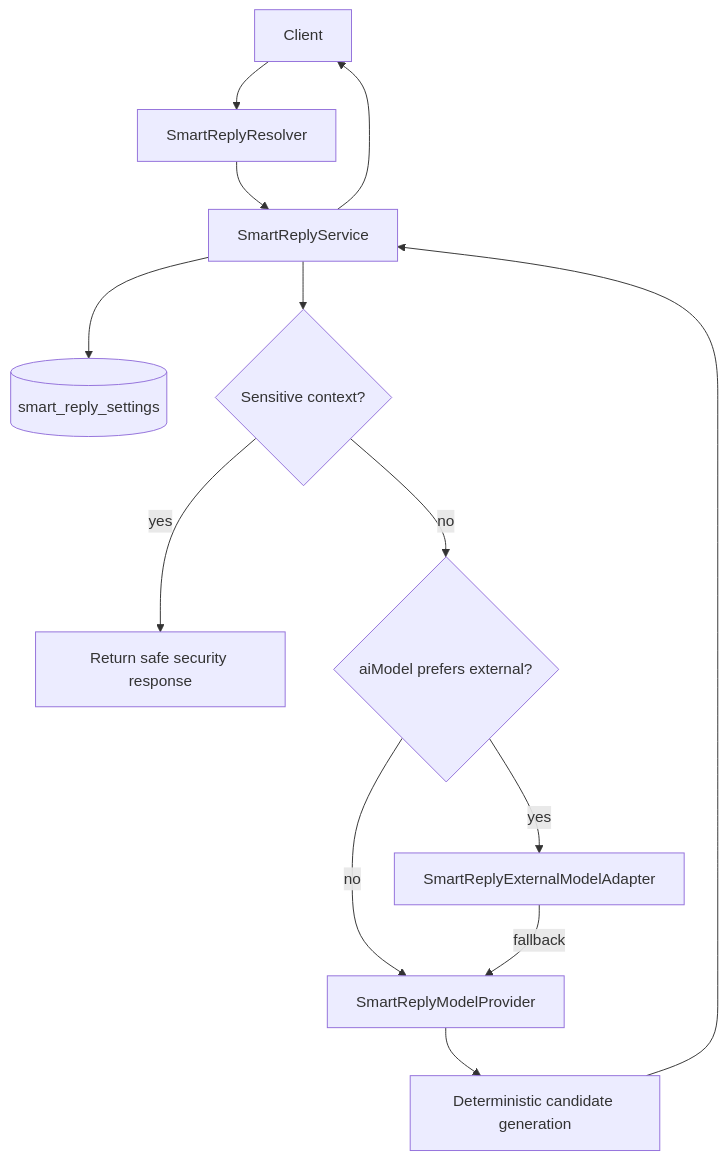
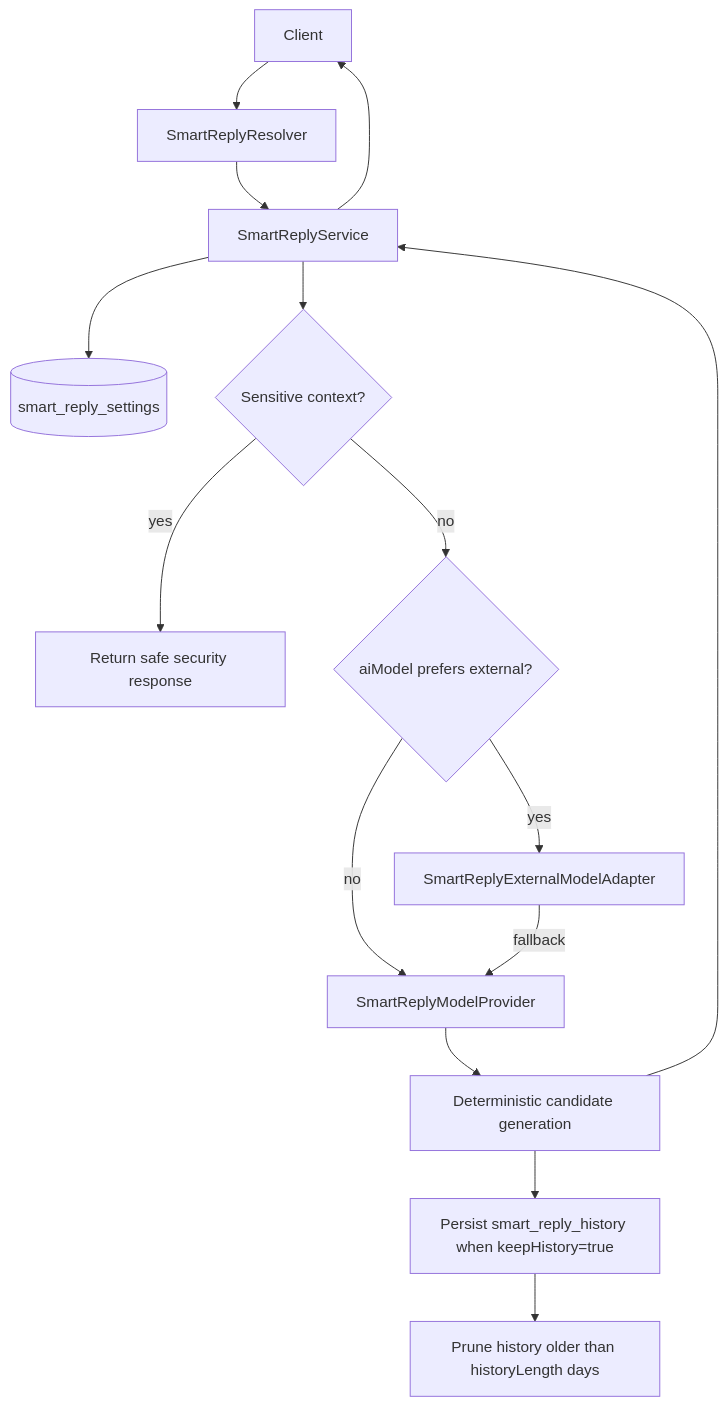
One commit to AmanVatsSharma/MailZen-Smart-Email-Management changed the diagram in apps/backend/src/smart-replies/README.md. Above: the diagram before and after it, drawn with Mermaid. The commit also changed other lines of this file and 12 other files, not shown here.

Commit message:
Add smart reply history persistence and self-service purge APIs

````diff
--- a/apps/backend/src/smart-replies/README.md
+++ b/apps/backend/src/smart-replies/README.md
@@ -28,15 +31,17 @@
 ```mermaid
 flowchart TD
   Client --> Resolver[SmartReplyResolver]
   Resolver --> Service[SmartReplyService]
   Service --> Settings[(smart_reply_settings)]
   Service --> Safety{Sensitive context?}
   Safety -->|yes| SafeReply[Return safe security response]
   Safety -->|no| ModelRouter{aiModel prefers external?}
   ModelRouter -->|yes| ExternalAdapter[SmartReplyExternalModelAdapter]
   ModelRouter -->|no| ModelProvider[SmartReplyModelProvider]
   ExternalAdapter -->|fallback| ModelProvider
   ModelProvider --> DeterministicCandidates[Deterministic candidate generation]
+  DeterministicCandidates --> History[Persist smart_reply_history when keepHistory=true]
+  History --> Retention[Prune history older than historyLength days]
   DeterministicCandidates --> Service
   Service --> Client
 ```
````
